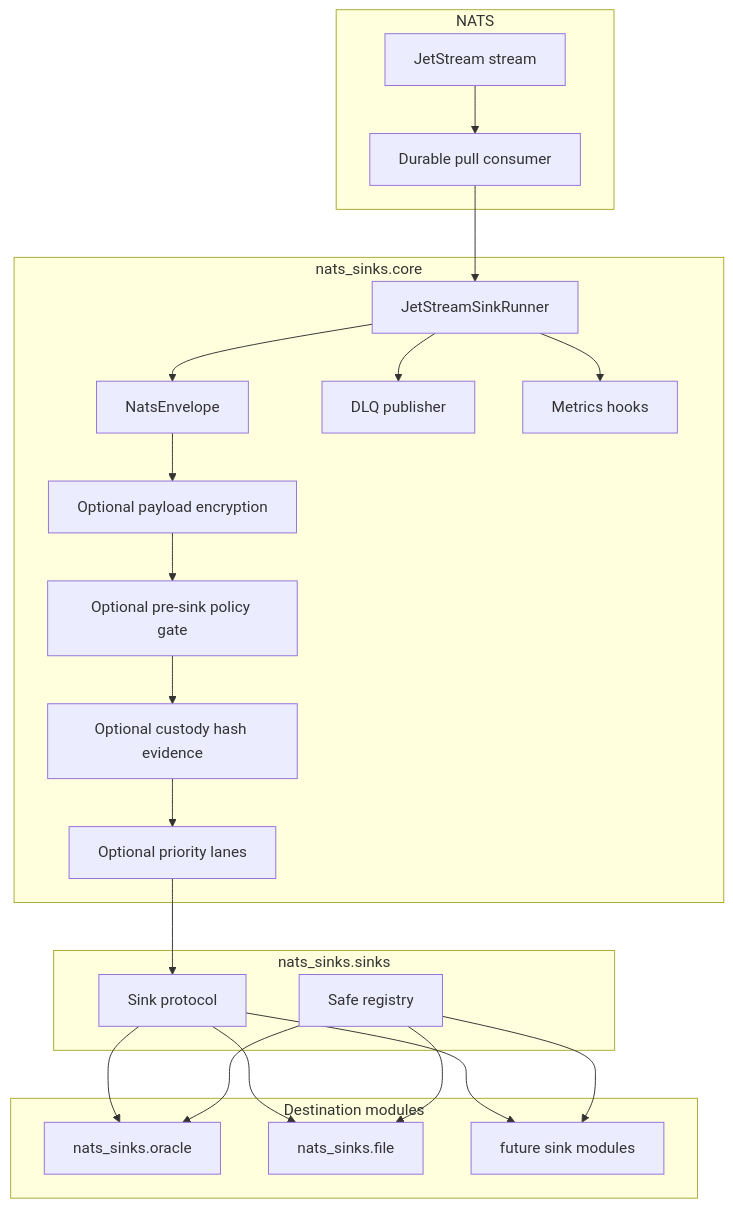
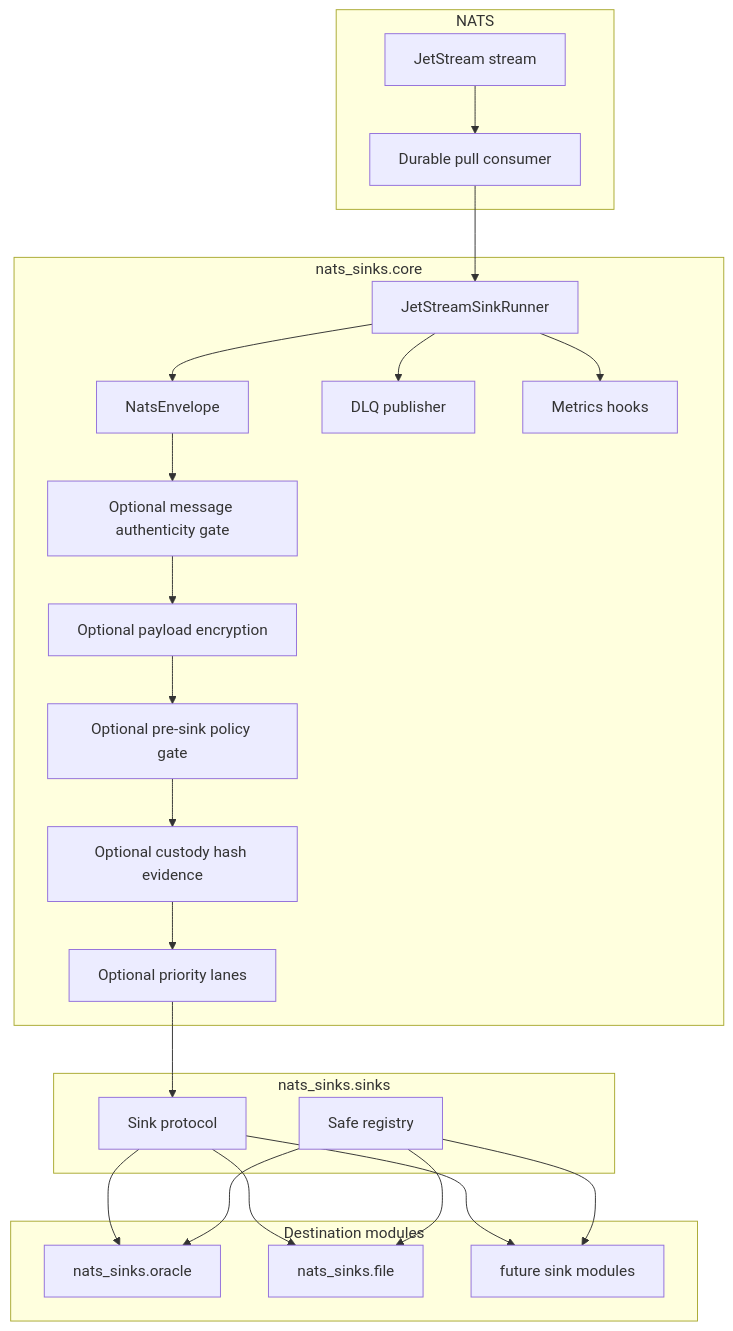
One commit to ProjectCuillin/nats-sinks changed the first of 3 diagrams in docs/architecture.md. Above: the diagram before and after it, drawn with Mermaid. The commit also changed other lines of this file and 26 other files, not shown here.

Commit message:
Add message authenticity verification

````diff
--- a/docs/architecture.md
+++ b/docs/architecture.md
@@ -30,40 +30,41 @@
 ```mermaid
 flowchart TB
     subgraph NATS
         Stream[JetStream stream]
         Consumer[Durable pull consumer]
     end
 
     subgraph Core[nats_sinks.core]
         Runner[JetStreamSinkRunner]
         Envelope[NatsEnvelope]
+        Authenticity[Optional message authenticity gate]
         Encrypt[Optional payload encryption]
         Policy[Optional pre-sink policy gate]
         Custody[Optional custody hash evidence]
         Priority[Optional priority lanes]
         DLQ[DLQ publisher]
         Metrics[Metrics hooks]
     end
 
     subgraph Sinks[nats_sinks.sinks]
         Protocol[Sink protocol]
         Registry[Safe registry]
     end
 
     subgraph Destinations[Destination modules]
         Oracle[nats_sinks.oracle]
         File[nats_sinks.file]
         Future[future sink modules]
     end
 
     Stream --> Consumer --> Runner
-    Runner --> Envelope --> Encrypt --> Policy --> Custody --> Priority --> Protocol
+    Runner --> Envelope --> Authenticity --> Encrypt --> Policy --> Custody --> Priority --> Protocol
     Protocol --> Oracle
     Protocol --> File
     Protocol --> Future
     Runner --> DLQ
     Runner --> Metrics
     Registry --> Oracle
     Registry --> File
     Registry --> Future
 ```
````
